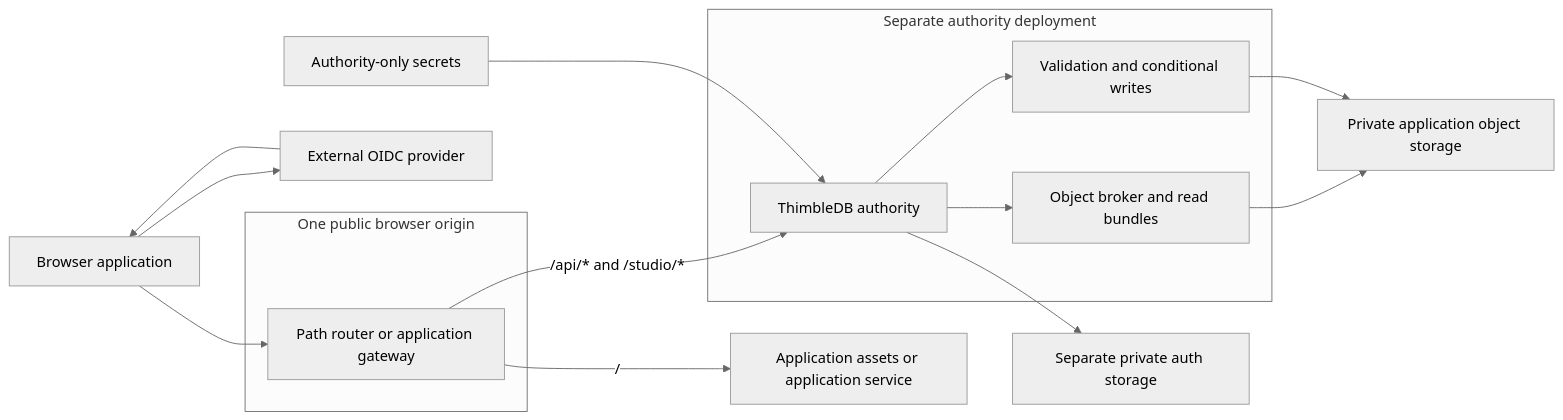
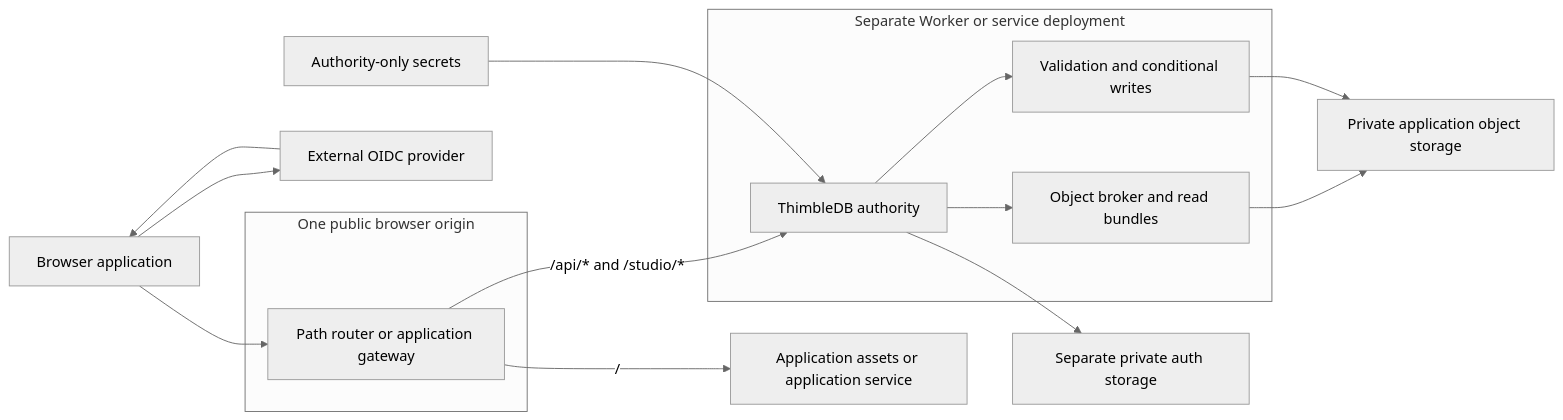
One commit to Jason-Doyle/thimble changed the third of 16 diagrams in docs/DIAGRAMS.md. Above: the diagram before and after it, drawn with Mermaid (neutral theme). The commit also changed other lines of this file and 44 other files, not shown here.

Commit message:
Document authority topologies and render diagrams

````diff
--- a/docs/DIAGRAMS.md
+++ b/docs/DIAGRAMS.md
@@ -103,30 +103,30 @@
 ```mermaid
 flowchart LR
   Browser["Browser application"]
   OIDC["External OIDC provider"]
 
   subgraph Origin["One public browser origin"]
     Gateway["Path router or application gateway"]
   end
 
   App["Application assets or application service"]
 
-  subgraph AuthorityService["Separate authority deployment"]
+  subgraph AuthorityService["Separate Worker or service deployment"]
     Authority["ThimbleDB authority"]
     Broker["Object broker and read bundles"]
     Mutation["Validation and conditional writes"]
   end
 
   Data["Private application object storage"]
   Auth["Separate private auth storage"]
   Secrets["Authority-only secrets"]
 
   Browser --> OIDC --> Browser
   Browser --> Gateway
   Gateway -- "/" --> App
   Gateway -- "/api/* and /studio/*" --> Authority
   Authority --> Broker --> Data
   Authority --> Mutation --> Data
   Authority --> Auth
   Secrets --> Authority
 ```
````
